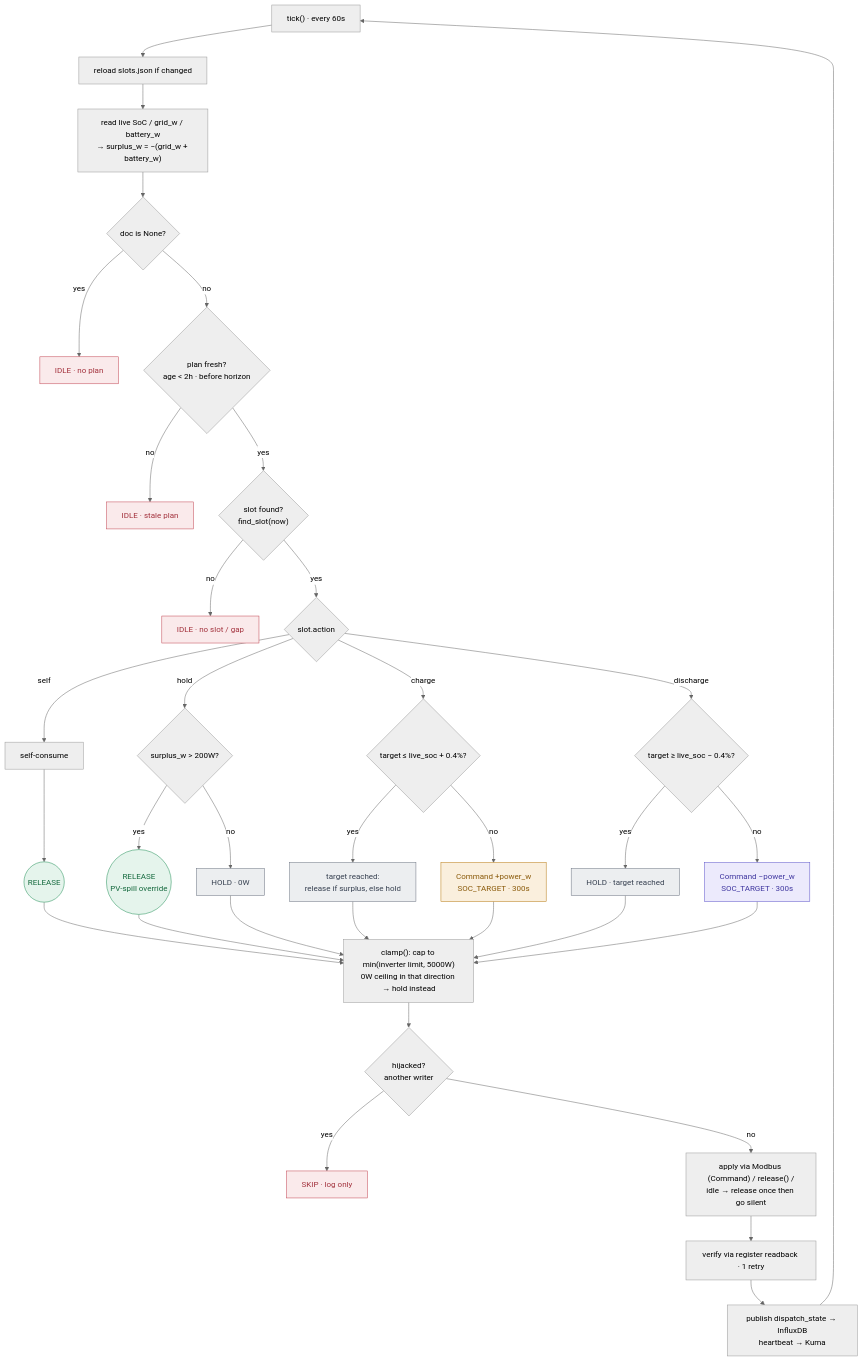
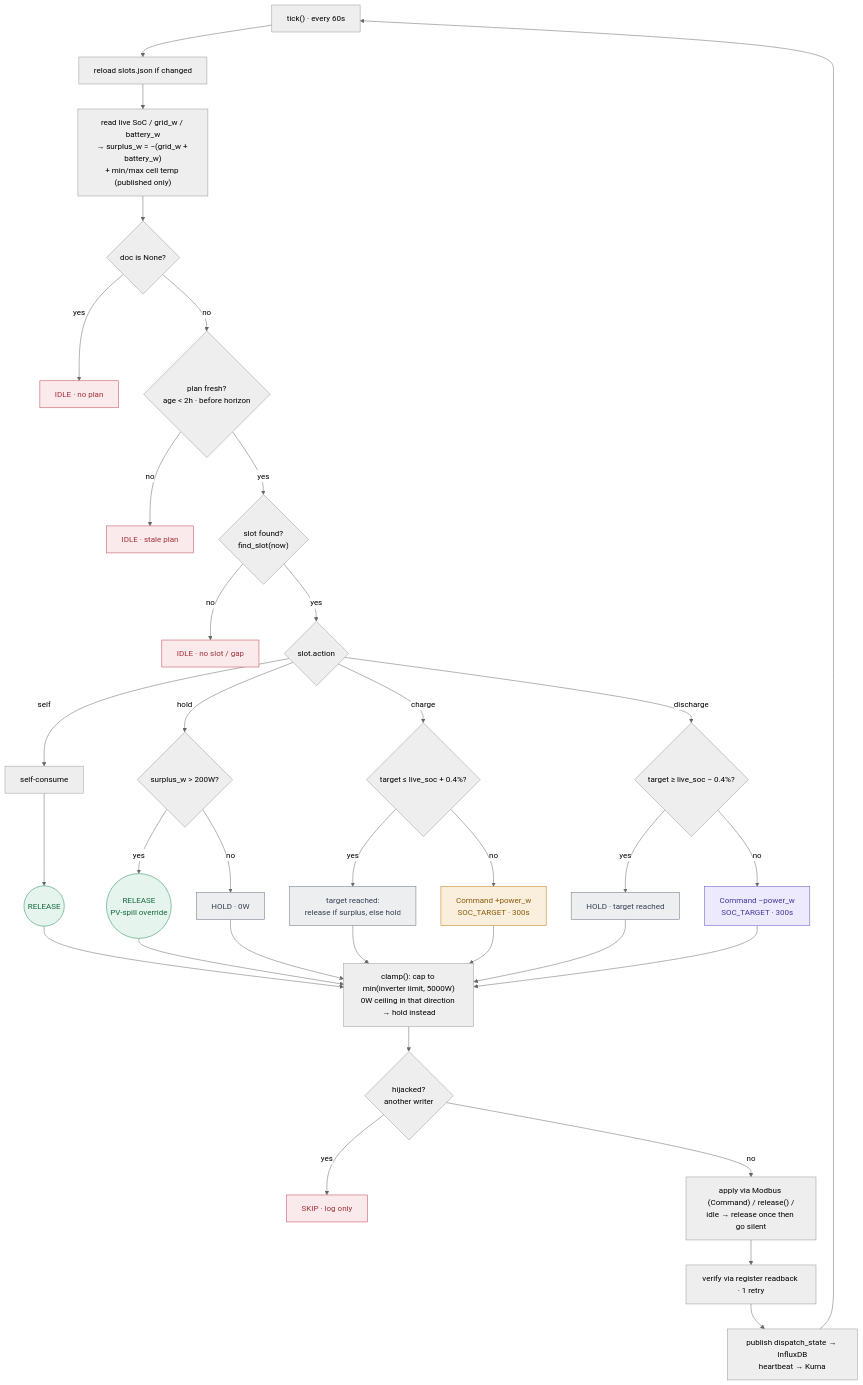
The second of 3 diagrams in docs/DISPATCH-FLOW.md (sandeepthukral/alphaess-collector), drawn with Mermaid (neutral theme) before and after one commit. The commit also changed other lines of this file and 11 other files, not shown here.

````diff
--- a/docs/DISPATCH-FLOW.md
+++ b/docs/DISPATCH-FLOW.md
@@ -28,49 +28,49 @@
 ```mermaid
 flowchart TD
     A["tick() · every 60s"] --> B[reload slots.json if changed]
-    B --> C["read live SoC / grid_w / battery_w<br/>→ surplus_w = −(grid_w + battery_w)"]
+    B --> C["read live SoC / grid_w / battery_w<br/>→ surplus_w = −(grid_w + battery_w)<br/>+ min/max cell temp (published only)"]
     C --> D{doc is None?}
     D -- yes --> IDLE1[IDLE · no plan]
     D -- no --> E{"plan fresh?<br/>age &lt; 2h · before horizon"}
     E -- no --> IDLE2[IDLE · stale plan]
     E -- yes --> F{"slot found?<br/>find_slot(now)"}
     F -- no --> IDLE3[IDLE · no slot / gap]
     F -- yes --> G{slot.action}
 
     G -- self --> SELF[self-consume] --> REL1((RELEASE))
     G -- hold --> H{surplus_w &gt; 200W?}
     H -- yes --> REL2(("RELEASE<br/>PV-spill override"))
     H -- no --> HOLD1["HOLD · 0W"]
     G -- charge --> I{"target ≤ live_soc + 0.4%?"}
     I -- yes --> J["target reached:<br/>release if surplus, else hold"]
     I -- no --> CHG["Command +power_w<br/>SOC_TARGET · 300s"]
     G -- discharge --> K{"target ≥ live_soc − 0.4%?"}
     K -- yes --> HOLD2["HOLD · target reached"]
     K -- no --> DIS["Command −power_w<br/>SOC_TARGET · 300s"]
 
     REL1 --> CLAMP
     REL2 --> CLAMP
     HOLD1 --> CLAMP
     J --> CLAMP
     CHG --> CLAMP
     HOLD2 --> CLAMP
     DIS --> CLAMP
 
     CLAMP["clamp(): cap to min(inverter limit, 5000W)<br/>0W ceiling in that direction → hold instead"] --> M{"hijacked?<br/>another writer"}
     M -- yes --> SKIP[SKIP · log only]
     M -- no --> N["apply via Modbus (Command) / release() /<br/>idle → release once then go silent"]
     N --> O[verify via register readback · 1 retry]
     O --> PUB["publish dispatch_state → InfluxDB<br/>heartbeat → Kuma"]
     PUB --> A
 
     classDef release fill:#e5f4ec,stroke:#1f8f56,color:#166a3f;
     classDef hold fill:#eceef0,stroke:#6b7280,color:#374151;
     classDef charge fill:#faefdd,stroke:#b8790f,color:#8a5a0a;
     classDef discharge fill:#eceafc,stroke:#5b52c9,color:#4038a0;
     classDef idle fill:#faeaeb,stroke:#c14350,color:#a3323d;
     class REL1,REL2 release;
     class HOLD1,HOLD2,J hold;
     class CHG charge;
     class DIS discharge;
     class IDLE1,IDLE2,IDLE3,SKIP idle;
 ```
````
